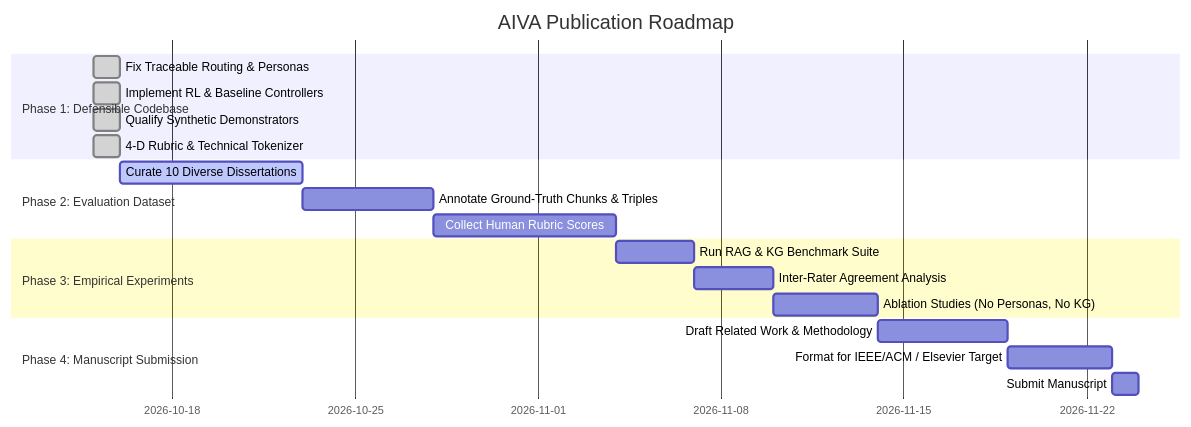
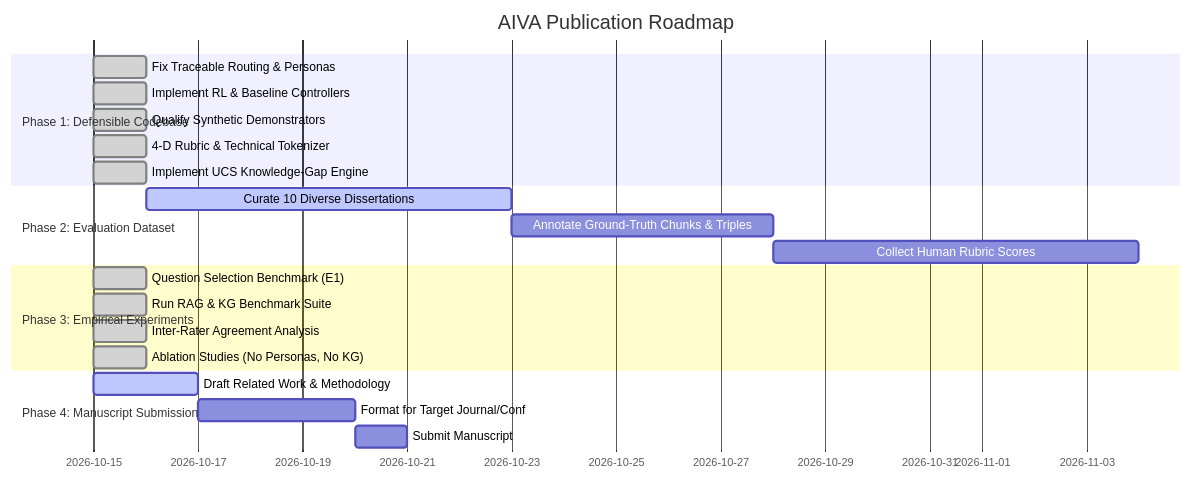
Before and after one commit to kkathambari/AIVA: the third of 3 diagrams in docs/RESEARCH_METHODOLOGY_AND_EVALUATION.md, drawn with Mermaid. The commit also changed other lines of this file and 8 other files, not shown here.

Commit message:
feat(research): formalize Knowledge-Gap UCS engine, benchmark question selection (E1), and synchronize paper/methodology

````diff
--- a/docs/RESEARCH_METHODOLOGY_AND_EVALUATION.md
+++ b/docs/RESEARCH_METHODOLOGY_AND_EVALUATION.md
@@ -192,22 +236,24 @@
 ```mermaid
 gantt
     title AIVA Publication Roadmap
     dateFormat  YYYY-MM-DD
     section Phase 1: Defensible Codebase
     Fix Traceable Routing & Personas :done, p1_1, 2026-10-15, 1d
     Implement RL & Baseline Controllers :done, p1_2, 2026-10-15, 1d
     Qualify Synthetic Demonstrators :done, p1_3, 2026-10-15, 1d
     4-D Rubric & Technical Tokenizer :done, p1_4, 2026-10-15, 1d
+    Implement UCS Knowledge-Gap Engine :done, p1_5, 2026-10-15, 1d
     section Phase 2: Evaluation Dataset
     Curate 10 Diverse Dissertations :active, p2_1, 2026-10-16, 7d
     Annotate Ground-Truth Chunks & Triples :p2_2, after p2_1, 5d
     Collect Human Rubric Scores :p2_3, after p2_2, 7d
     section Phase 3: Empirical Experiments
-    Run RAG & KG Benchmark Suite :p3_1, after p2_3, 3d
-    Inter-Rater Agreement Analysis :p3_2, after p3_1, 3d
-    Ablation Studies (No Personas, No KG) :p3_3, after p3_2, 4d
+    Question Selection Benchmark (E1) :done, p3_0, 2026-10-15, 1d
+    Run RAG & KG Benchmark Suite :done, p3_1, 2026-10-15, 1d
+    Inter-Rater Agreement Analysis :done, p3_2, 2026-10-15, 1d
+    Ablation Studies (No Personas, No KG) :done, p3_3, 2026-10-15, 1d
     section Phase 4: Manuscript Submission
-    Draft Related Work & Methodology :p4_1, after p3_3, 5d
-    Format for IEEE/ACM / Elsevier Target :p4_2, after p4_1, 4d
+    Draft Related Work & Methodology :active, p4_1, 2026-10-15, 2d
+    Format for Target Journal/Conf :p4_2, after p4_1, 3d
     Submit Manuscript :p4_3, after p4_2, 1d
 ```
````
